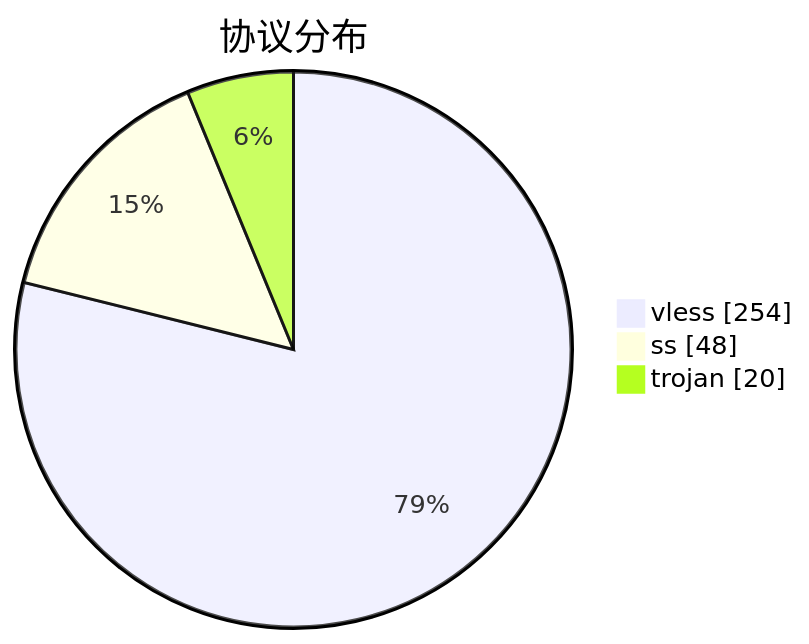
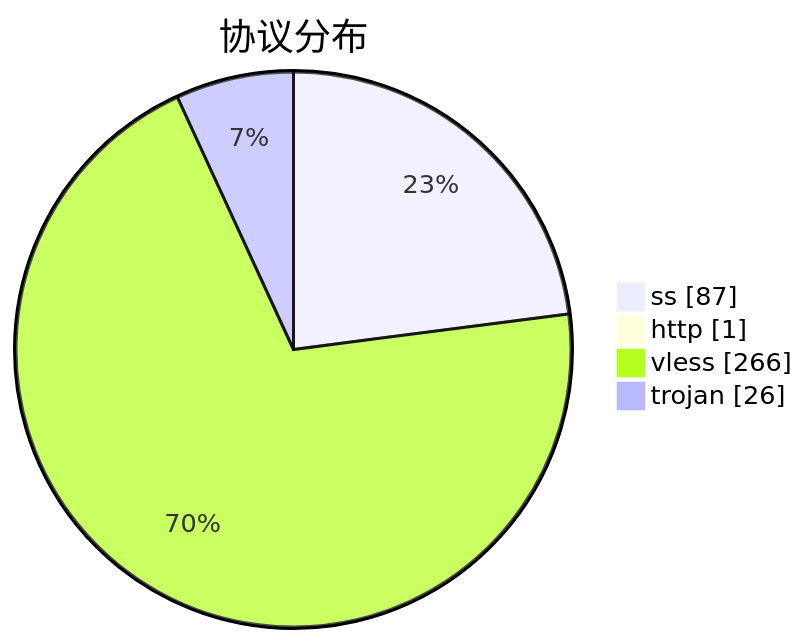
The third of 3 diagrams in subs/statistics/tested_within.md (qjlxg/airport), drawn with Mermaid before and after one commit. The commit also changed other lines of this file and 2 other files, not shown here.

````diff
--- a/subs/statistics/tested_within.md
+++ b/subs/statistics/tested_within.md
@@ -19,7 +19,8 @@
 ```mermaid
 pie showData
 title 协议分布
-"vless" : 254
-"ss" : 48
-"trojan" : 20
+"ss" : 87
+"http" : 1
+"vless" : 266
+"trojan" : 26
 ```
````
